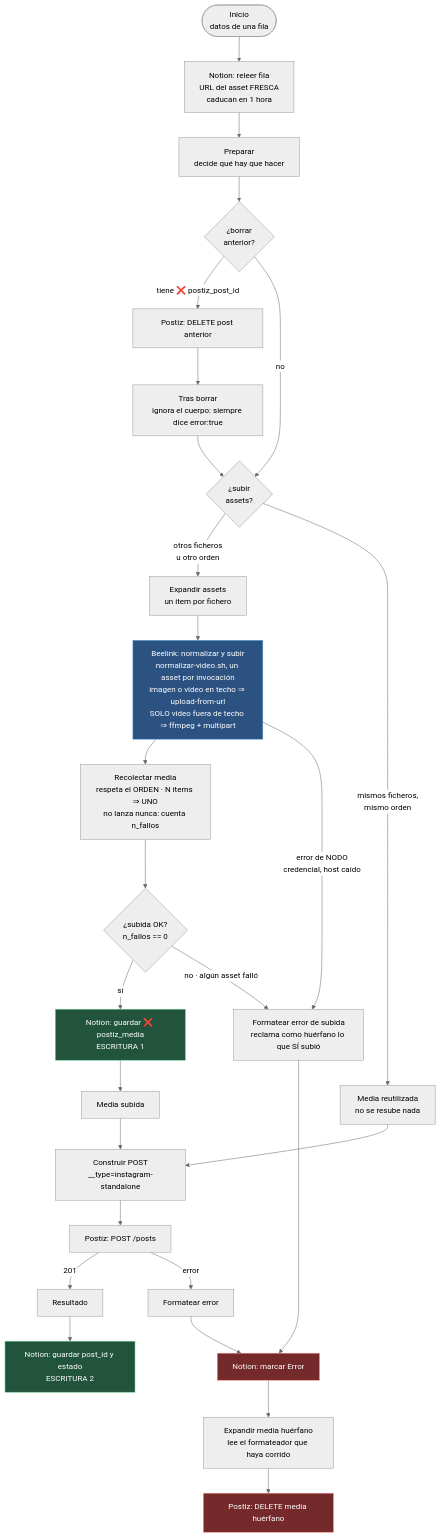
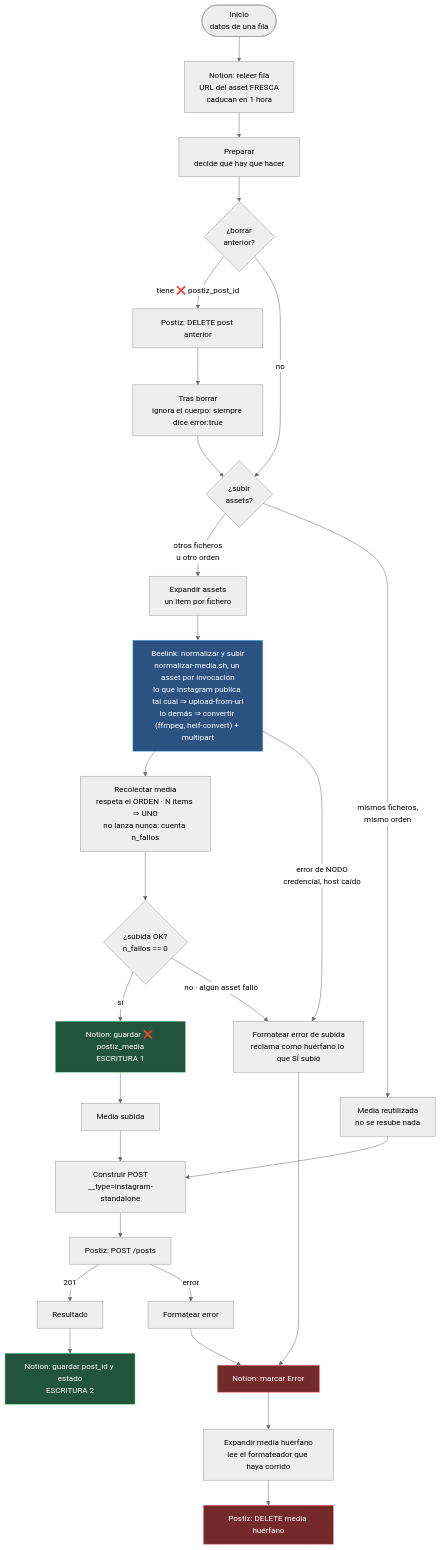
The fourth of 11 diagrams in docs/architecture/CONTENT_PIPELINE_DIAGRAMS.md (dustin-calderon/postiz-app), drawn with Mermaid (neutral theme) before and after one commit. The commit also changed 18 other files, not shown here.

First line of the commit message:
fix(instagram): convert what Meta won't publish, reject what needs a person to decide (#22)

````diff
--- a/docs/architecture/CONTENT_PIPELINE_DIAGRAMS.md
+++ b/docs/architecture/CONTENT_PIPELINE_DIAGRAMS.md
@@ -160,41 +160,41 @@
 ```mermaid
 flowchart TD
     INI(["Inicio<br/>datos de una fila"]) --> RELEER["Notion: releer fila<br/>URL del asset FRESCA<br/>caducan en 1 hora"]
     RELEER --> PREP["Preparar<br/>decide qué hay que hacer"]
 
     PREP --> QDEL{"¿borrar<br/>anterior?"}
     QDEL -->|"tiene ❌ postiz_post_id"| DEL["Postiz: DELETE post anterior"]
     DEL --> TRAS["Tras borrar<br/>ignora el cuerpo: siempre dice error:true"]
     QDEL -->|no| QUP
     TRAS --> QUP{"¿subir<br/>assets?"}
 
     QUP -->|"otros ficheros<br/>u otro orden"| EXP["Expandir assets<br/>un item por fichero"]
-    EXP --> UP["Beelink: normalizar y subir<br/>normalizar-video.sh, un asset por invocación<br/>imagen o video en techo ⇒ upload-from-url<br/>SOLO video fuera de techo ⇒ ffmpeg + multipart"]
+    EXP --> UP["Beelink: normalizar y subir<br/>normalizar-media.sh, un asset por invocación<br/>lo que Instagram publica tal cual ⇒ upload-from-url<br/>lo demás ⇒ convertir (ffmpeg, heif-convert) + multipart"]
     UP --> REC["Recolectar media<br/>respeta el ORDEN · N items ⇒ UNO<br/>no lanza nunca: cuenta n_fallos"]
     REC --> QOK{"¿subida OK?<br/>n_fallos == 0"}
     QOK -->|sí| GM["Notion: guardar ❌ postiz_media<br/>ESCRITURA 1"]
     GM --> MS["Media subida"]
 
     QUP -->|"mismos ficheros,<br/>mismo orden"| MR["Media reutilizada<br/>no se resube nada"]
 
     MS --> CONS["Construir POST<br/>__type=instagram-standalone"]
     MR --> CONS
     CONS --> POST["Postiz: POST /posts"]
 
     POST -->|"201"| RES["Resultado"]
     RES --> GID["Notion: guardar post_id y estado<br/>ESCRITURA 2"]
 
     POST -->|"error"| FE["Formatear error"]
     QOK -->|"no · algún asset falló"| FES["Formatear error de subida<br/>reclama como huérfano lo que SÍ subió"]
     UP -->|"error de NODO<br/>credencial, host caído"| FES
     FE --> ME["Notion: marcar Error"]
     FES --> ME
     ME --> EXPH["Expandir media huérfano<br/>lee el formateador que haya corrido"]
     EXPH --> DELM["Postiz: DELETE media huérfano"]
 
     style UP fill:#2c5282,stroke:#63b3ed,color:#fff
     style GM fill:#22543d,stroke:#68d391,color:#fff
     style GID fill:#22543d,stroke:#68d391,color:#fff
     style ME fill:#742a2a,stroke:#fc8181,color:#fff
     style DELM fill:#742a2a,stroke:#fc8181,color:#fff
 ```
````
